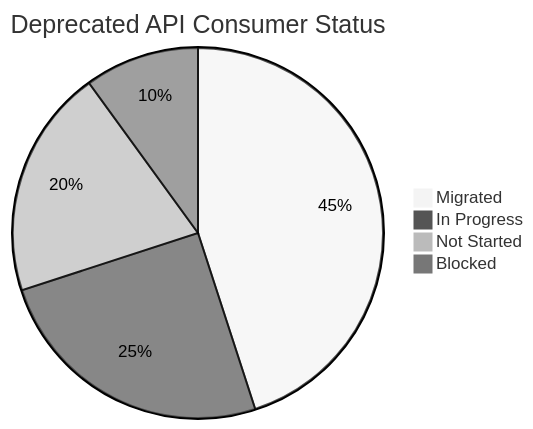
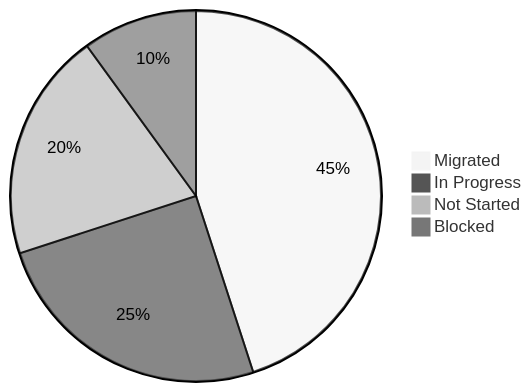
The diagram in src/content/articles/api-deprecation-sunset-headers-consumer-migration/pdf.mdx (webstackdev/astro.webstackbuilders.com), drawn with Mermaid (neutral theme) before and after one commit. The commit also changed other lines of this file and 29 other files, not shown here.

Commit message:
Final pass api-deprecation-sunset-headers-consumer-migration article

````diff
--- a/src/content/articles/api-deprecation-sunset-headers-consumer-migration/pdf.mdx
+++ b/src/content/articles/api-deprecation-sunset-headers-consumer-migration/pdf.mdx
@@ -280,7 +301,7 @@
 ```mermaid
-pie title Deprecated API Consumer Status
-    "Migrated" : 45
-    "In Progress" : 25
-    "Not Started" : 20
-    "Blocked" : 10
+pie
+  "Migrated" : 45
+  "In Progress" : 25
+  "Not Started" : 20
+  "Blocked" : 10
 ```
````
